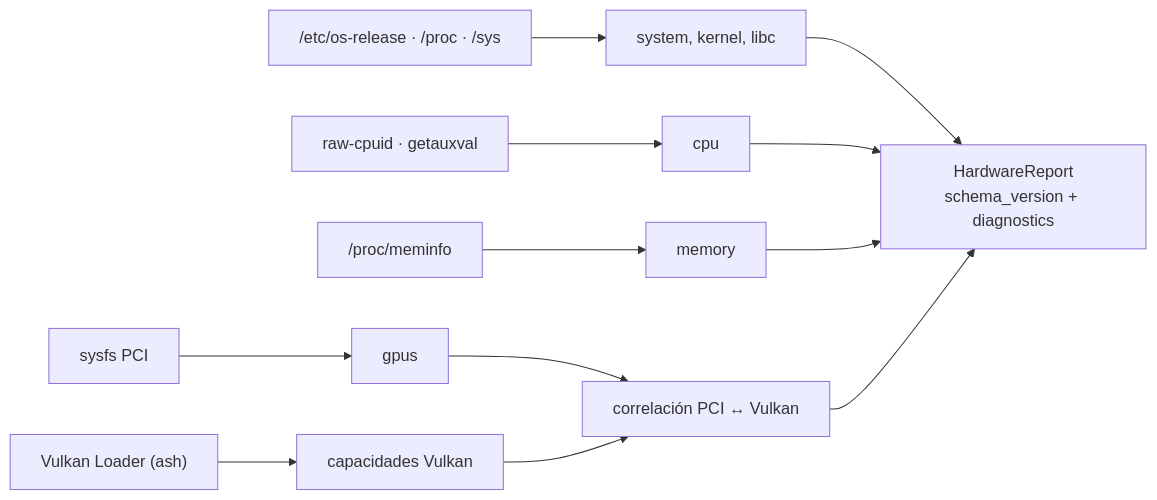
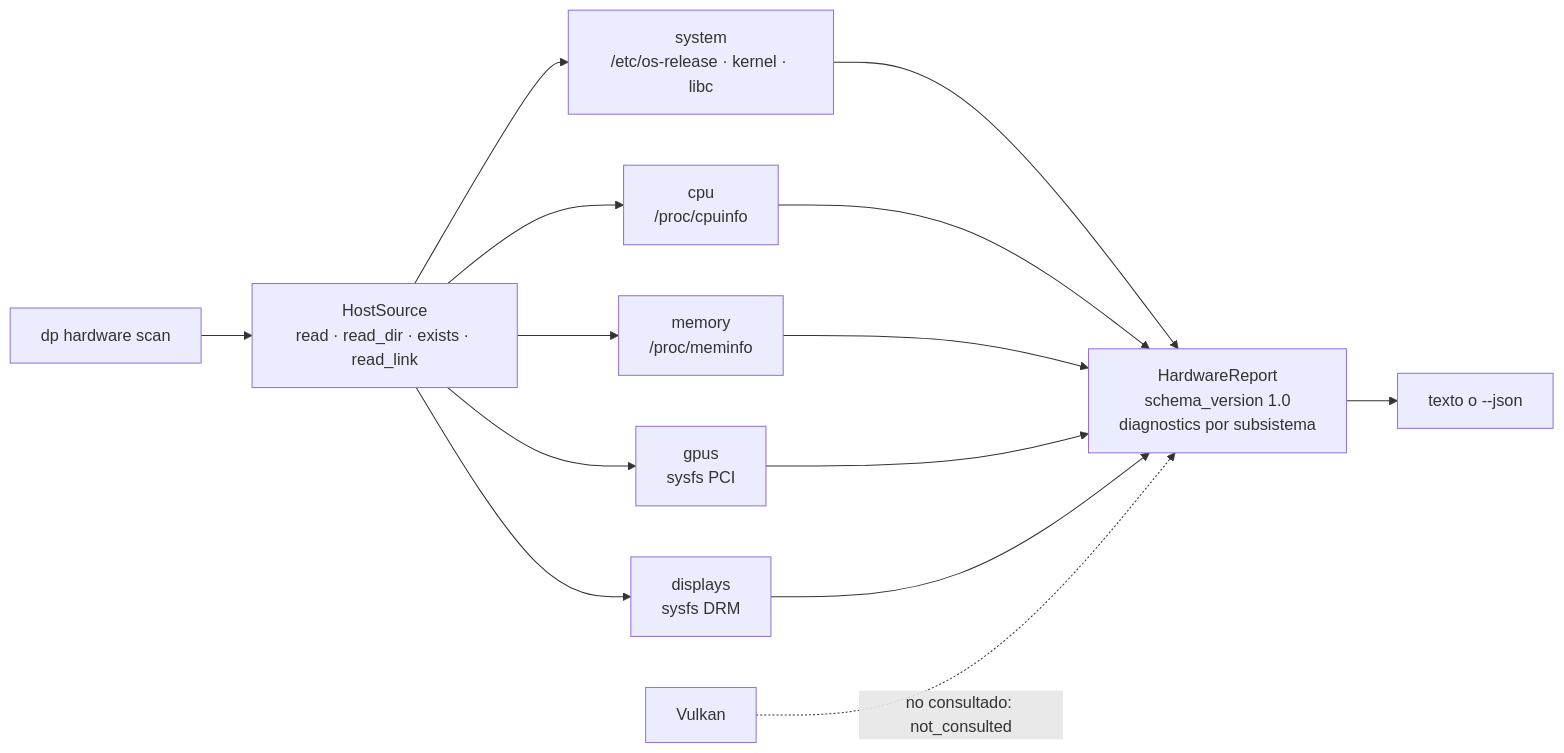
One commit to leav-dev/darling_plataform changed the third of 4 diagrams in docs/architecture/data-flow.md. Above: the diagram before and after it, drawn with Mermaid. The commit also changed other lines of this file and 6 other files, not shown here.

First line of the commit message:
docs(architecture): documento del reporte de hardware y ADR-0011

````diff
--- a/docs/architecture/data-flow.md
+++ b/docs/architecture/data-flow.md
@@ -86,14 +88,16 @@
 ```mermaid
 flowchart LR
-    OS["/etc/os-release · /proc · /sys"] --> SYS[system, kernel, libc]
-    CPU["raw-cpuid · getauxval"] --> C[cpu]
-    MEM["/proc/meminfo"] --> M[memory]
-    PCI["sysfs PCI"] --> G[gpus]
-    VK["Vulkan Loader (ash)"] --> GV[capacidades Vulkan]
-    G --> COR[correlación PCI ↔ Vulkan]
-    GV --> COR
-    SYS --> REP["HardwareReport<br/>schema_version + diagnostics"]
+    CLI["dp hardware scan"] --> HS["HostSource<br/>read · read_dir · exists · read_link"]
+    HS --> SYS["system<br/>/etc/os-release · kernel · libc"]
+    HS --> C["cpu<br/>/proc/cpuinfo"]
+    HS --> M["memory<br/>/proc/meminfo"]
+    HS --> G["gpus<br/>sysfs PCI"]
+    HS --> D["displays<br/>sysfs DRM"]
+    SYS --> REP["HardwareReport<br/>schema_version 1.0<br/>diagnostics por subsistema"]
     C --> REP
     M --> REP
-    COR --> REP
+    G --> REP
+    D --> REP
+    REP --> OUT["texto o --json"]
+    VK["Vulkan"] -. "no consultado: not_consulted" .-> REP
 ```
````
